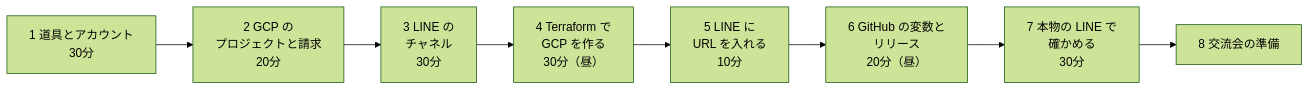
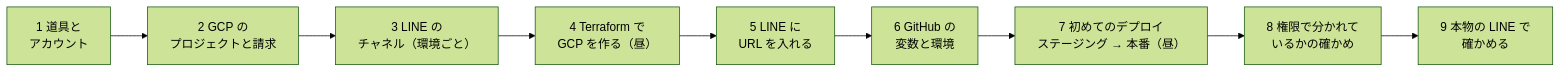
One commit to takumi-okuya-dev/kanaeru-apps changed the diagram in docs/first-release.md. Above: the diagram before and after it, drawn with Mermaid (forest theme). The commit also changed other lines of this file and 9 other files, not shown here.

````diff
--- a/docs/first-release.md
+++ b/docs/first-release.md
@@ -9,10 +10,11 @@
 ```mermaid
 flowchart LR
-  a["1 道具とアカウント<br/>30分"] --> b["2 GCP の<br/>プロジェクトと請求<br/>20分"]
-  b --> c["3 LINE の<br/>チャネル<br/>30分"]
-  c --> d["4 Terraform で<br/>GCP を作る<br/>30分（昼）"]
-  d --> e["5 LINE に<br/>URL を入れる<br/>10分"]
-  e --> f["6 GitHub の変数と<br/>リリース<br/>20分（昼）"]
-  f --> g["7 本物の LINE で<br/>確かめる<br/>30分"]
-  g --> h["8 交流会の準備"]
+  a["1 道具と<br/>アカウント"] --> b["2 GCP の<br/>プロジェクトと請求"]
+  b --> c["3 LINE の<br/>チャネル（環境ごと）"]
+  c --> d["4 Terraform で<br/>GCP を作る（昼）"]
+  d --> e["5 LINE に<br/>URL を入れる"]
+  e --> f["6 GitHub の<br/>変数と環境"]
+  f --> g["7 初めてのデプロイ<br/>ステージング → 本番（昼）"]
+  g --> h["8 権限で分かれて<br/>いるかの確かめ"]
+  h --> i["9 本物の LINE で<br/>確かめる"]
 ```
````
